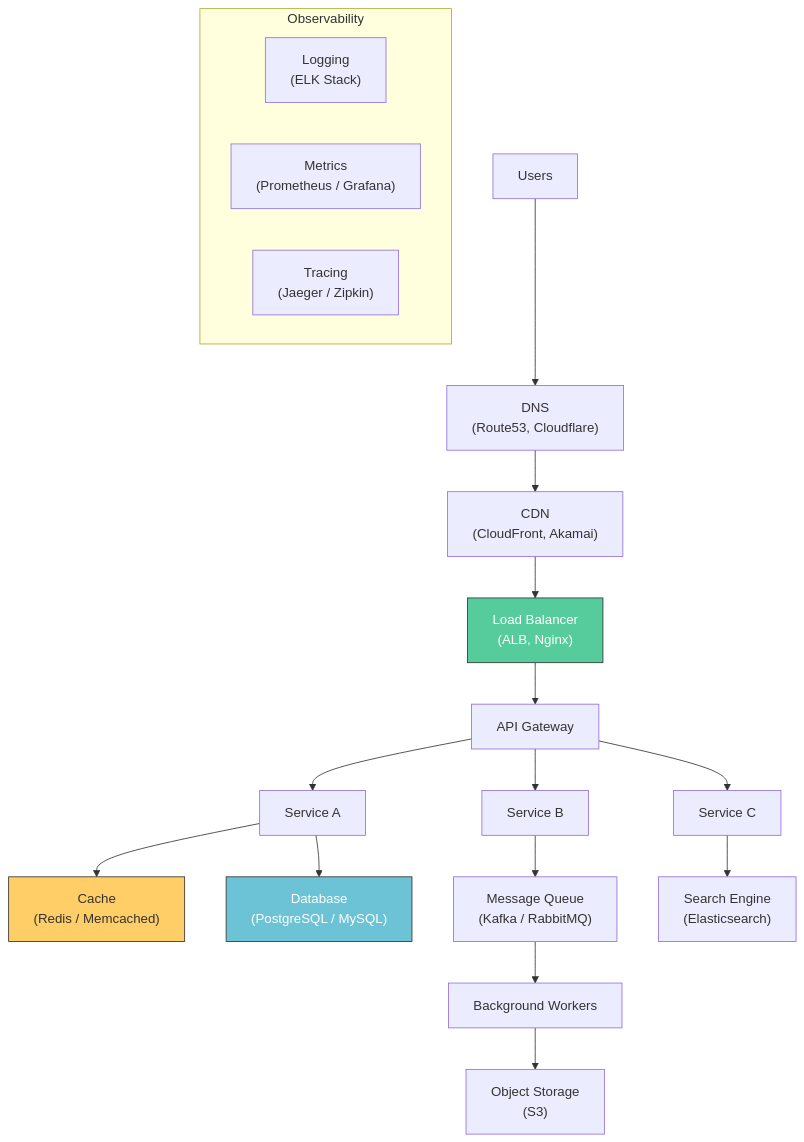
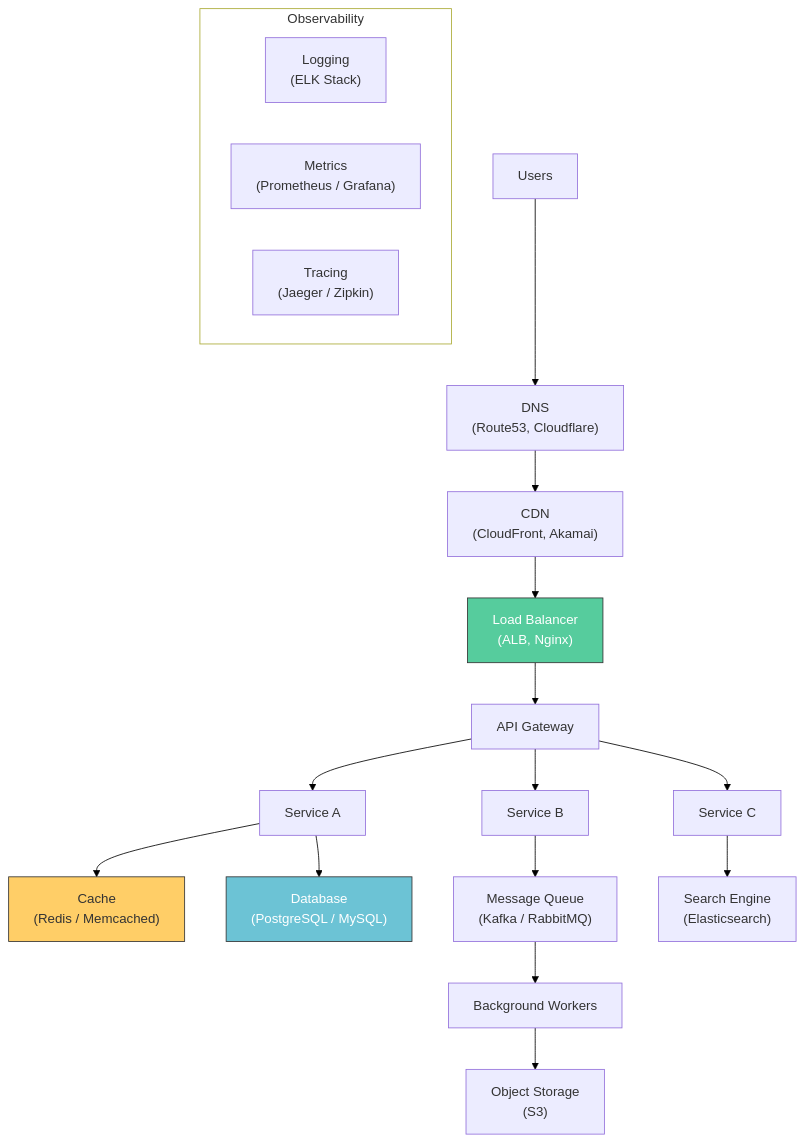
Before and after one commit to tanquangduong/tanquangduong.github.io: the seventh of 11 diagrams in posts/system-design/System-Design-Interview-QA-1.qmd, drawn with Mermaid. The commit also changed other lines of this file and 204 other files, not shown here.

````diff
--- a/posts/system-design/System-Design-Interview-QA-1.qmd
+++ b/posts/system-design/System-Design-Interview-QA-1.qmd
@@ -319,27 +326,29 @@
 ```{mermaid}
 graph TD
+    linkStyle default stroke:#000,color:#000
     USERS["Users"]
     USERS --> DNS["DNS<br/>(Route53, Cloudflare)"]
     DNS --> CDN["CDN<br/>(CloudFront, Akamai)"]
     CDN --> LB["Load Balancer<br/>(ALB, Nginx)"]
     LB --> API["API Gateway"]
     API --> SVC1["Service A"]
     API --> SVC2["Service B"]
     API --> SVC3["Service C"]
     SVC1 --> CACHE["Cache<br/>(Redis / Memcached)"]
     SVC1 --> DB["Database<br/>(PostgreSQL / MySQL)"]
     SVC2 --> MQ["Message Queue<br/>(Kafka / RabbitMQ)"]
     MQ --> WORKER["Background Workers"]
     WORKER --> STORE["Object Storage<br/>(S3)"]
     SVC3 --> SEARCH["Search Engine<br/>(Elasticsearch)"]
 
     subgraph Observability
         LOG["Logging<br/>(ELK Stack)"]
         METRIC["Metrics<br/>(Prometheus / Grafana)"]
         TRACE["Tracing<br/>(Jaeger / Zipkin)"]
     end
 
     style LB fill:#56cc9d,stroke:#333,color:#fff
     style CACHE fill:#ffce67,stroke:#333
     style DB fill:#6cc3d5,stroke:#333,color:#fff
+    style Observability fill:#fff
 ```
````
